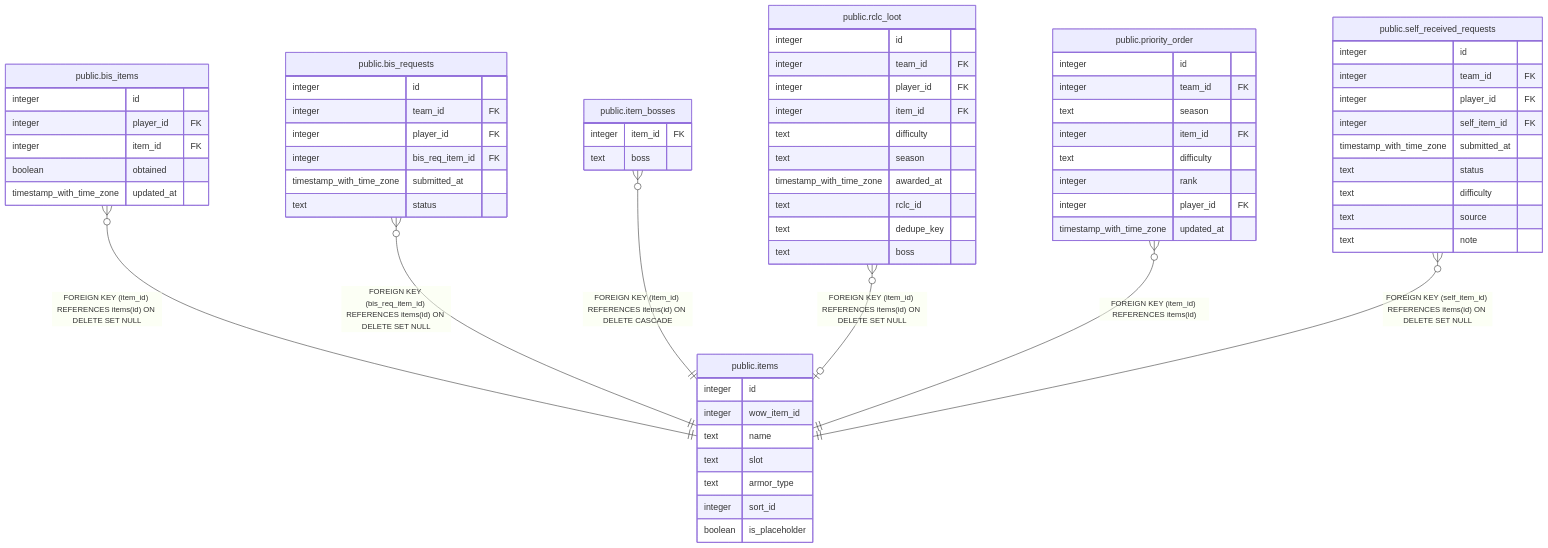
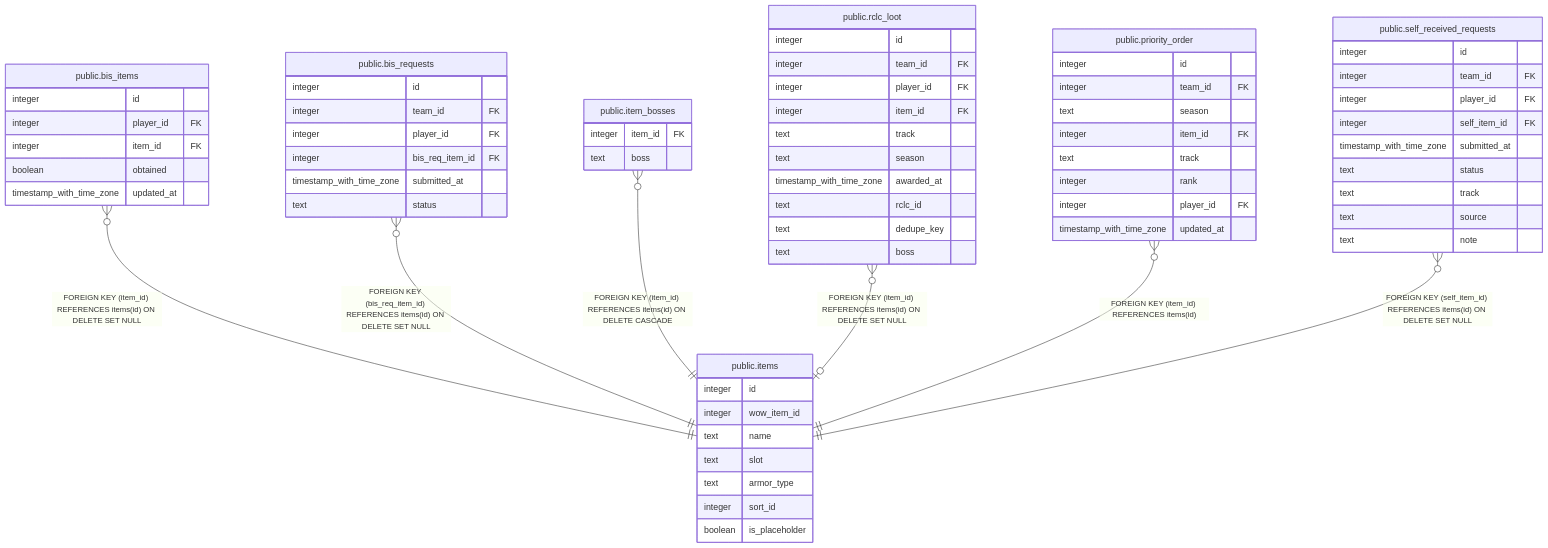
Before and after one commit to katogaming88/WGA-Raid-Hub: the diagram in dbdoc/public.items.md, drawn with Mermaid. The commit also changed 21 other files, not shown here.

First line of the commit message:
feat: difficulty columns become track with Champion/Hero/Myth values (v3.15.0) (#344)

````diff
--- a/dbdoc/public.items.md
+++ b/dbdoc/public.items.md
@@ -31,72 +31,72 @@
 ```mermaid
 erDiagram
 
 "public.bis_items" }o--|| "public.items" : "FOREIGN KEY (item_id) REFERENCES items(id) ON DELETE SET NULL"
 "public.bis_requests" }o--|| "public.items" : "FOREIGN KEY (bis_req_item_id) REFERENCES items(id) ON DELETE SET NULL"
 "public.item_bosses" }o--|| "public.items" : "FOREIGN KEY (item_id) REFERENCES items(id) ON DELETE CASCADE"
 "public.rclc_loot" }o--o| "public.items" : "FOREIGN KEY (item_id) REFERENCES items(id) ON DELETE SET NULL"
 "public.priority_order" }o--|| "public.items" : "FOREIGN KEY (item_id) REFERENCES items(id)"
 "public.self_received_requests" }o--|| "public.items" : "FOREIGN KEY (self_item_id) REFERENCES items(id) ON DELETE SET NULL"
 
 "public.items" {
   integer id
   integer wow_item_id
   text name
   text slot
   text armor_type
   integer sort_id
   boolean is_placeholder
 }
 "public.bis_items" {
   integer id
   integer player_id FK
   integer item_id FK
   boolean obtained
   timestamp_with_time_zone updated_at
 }
 "public.bis_requests" {
   integer id
   integer team_id FK
   integer player_id FK
   integer bis_req_item_id FK
   timestamp_with_time_zone submitted_at
   text status
 }
 "public.item_bosses" {
   integer item_id FK
   text boss
 }
 "public.rclc_loot" {
   integer id
   integer team_id FK
   integer player_id FK
   integer item_id FK
-  text difficulty
+  text track
   text season
   timestamp_with_time_zone awarded_at
   text rclc_id
   text dedupe_key
   text boss
 }
 "public.priority_order" {
   integer id
   integer team_id FK
   text season
   integer item_id FK
-  text difficulty
+  text track
   integer rank
   integer player_id FK
   timestamp_with_time_zone updated_at
 }
 "public.self_received_requests" {
   integer id
   integer team_id FK
   integer player_id FK
   integer self_item_id FK
   timestamp_with_time_zone submitted_at
   text status
-  text difficulty
+  text track
   text source
   text note
 }
 ```
````
